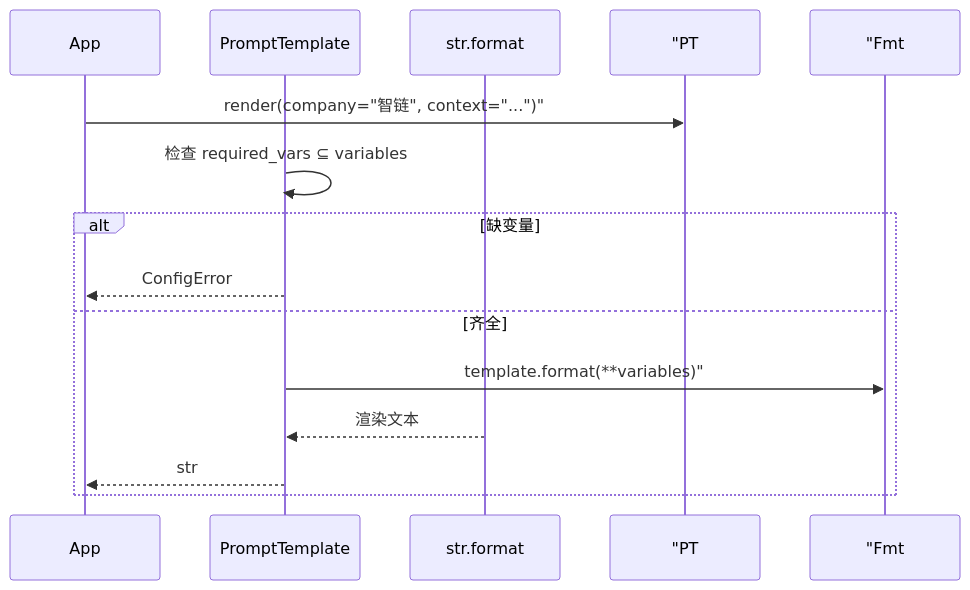
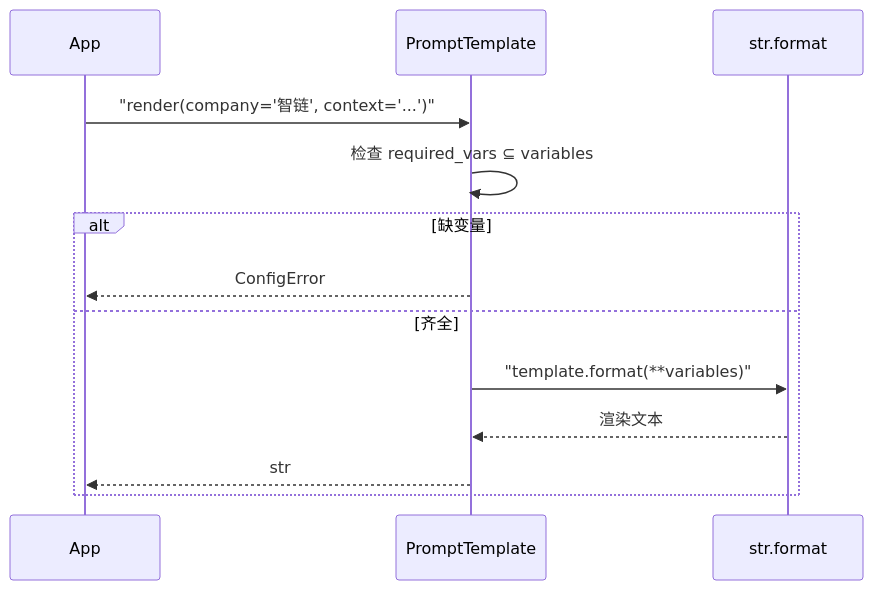
One commit to ab6539763/70_days_course_plus changed the second of 4 diagrams in course/day17/03_架构设计.md. Above: the diagram before and after it, drawn with Mermaid. The commit also changed other lines of this file and 80 other files, not shown here.

First line of the commit message:
fix(course): 修复 Mermaid 图表渲染报错 + 同步嵌入代码快照

````diff
--- a/course/day17/03_架构设计.md
+++ b/course/day17/03_架构设计.md
@@ -58,16 +58,16 @@
 ```mermaid
 sequenceDiagram
     participant App
     participant PT as PromptTemplate
     participant Fmt as str.format
 
-    App->> "PT: render(company="智链", context="...")"
+    App->>PT: "render(company='智链', context='...')"
     PT->>PT: 检查 required_vars ⊆ variables
     alt 缺变量
         PT-->>App: ConfigError
     else 齐全
-        PT->> "Fmt: template.format(**variables)"
+        PT->>Fmt: "template.format(**variables)"
         Fmt-->>PT: 渲染文本
         PT-->>App: str
     end
 ```
````
